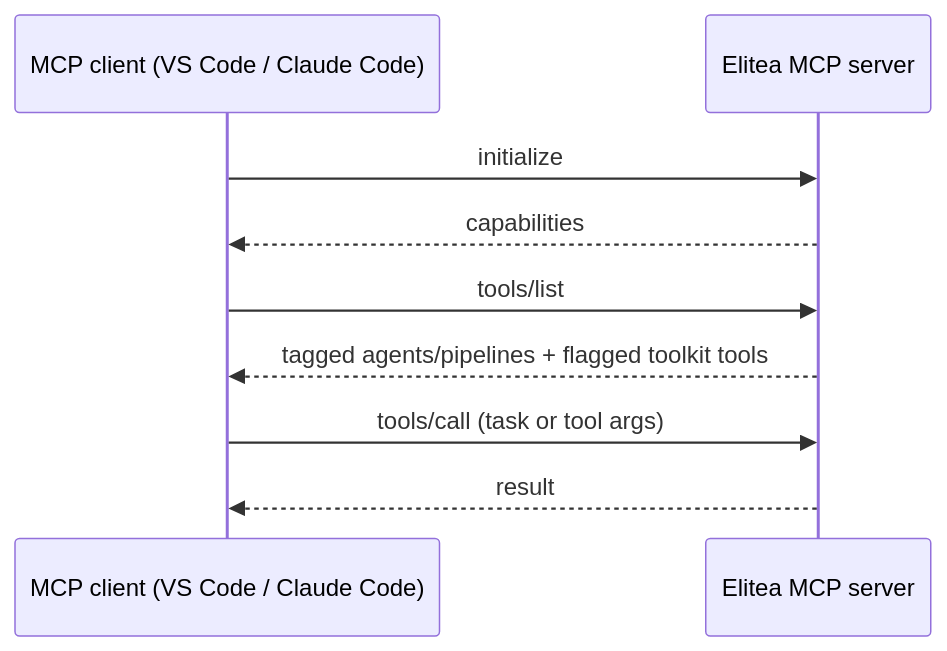
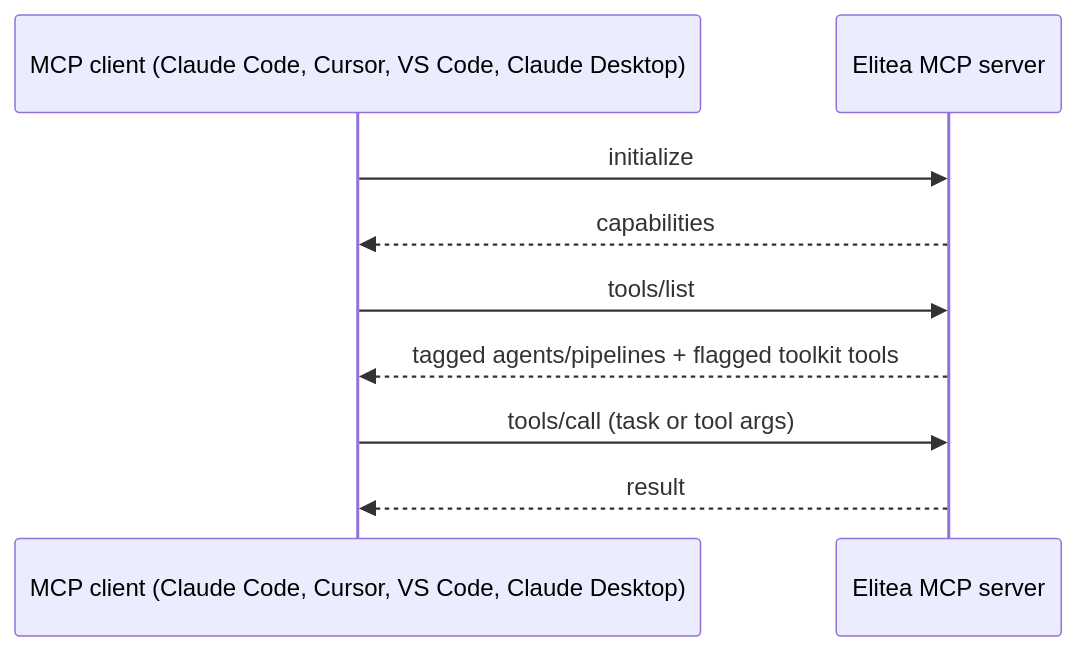
Before and after one commit to elitea-ng/elitea-platform: the diagram in apps/elitea-web/src/entries/docs/content/integrations/mcp/mcp-server.mdx, drawn with Mermaid. The commit also changed other lines of this file and 2 other files, not shown here.

First line of the commit message:
docs(mcp): add MCP client setup for the agent MCP endpoint

````diff
--- a/apps/elitea-web/src/entries/docs/content/integrations/mcp/mcp-server.mdx
+++ b/apps/elitea-web/src/entries/docs/content/integrations/mcp/mcp-server.mdx
@@ -59,11 +129,11 @@
 ```mermaid
 sequenceDiagram
-    participant Client as MCP client (VS Code / Claude Code)
+    participant Client as MCP client (Claude Code, Cursor, VS Code, Claude Desktop)
     participant Elitea as Elitea MCP server
     Client->>Elitea: initialize
     Elitea-->>Client: capabilities
     Client->>Elitea: tools/list
     Elitea-->>Client: tagged agents/pipelines + flagged toolkit tools
     Client->>Elitea: tools/call (task or tool args)
     Elitea-->>Client: result
 ```
````
